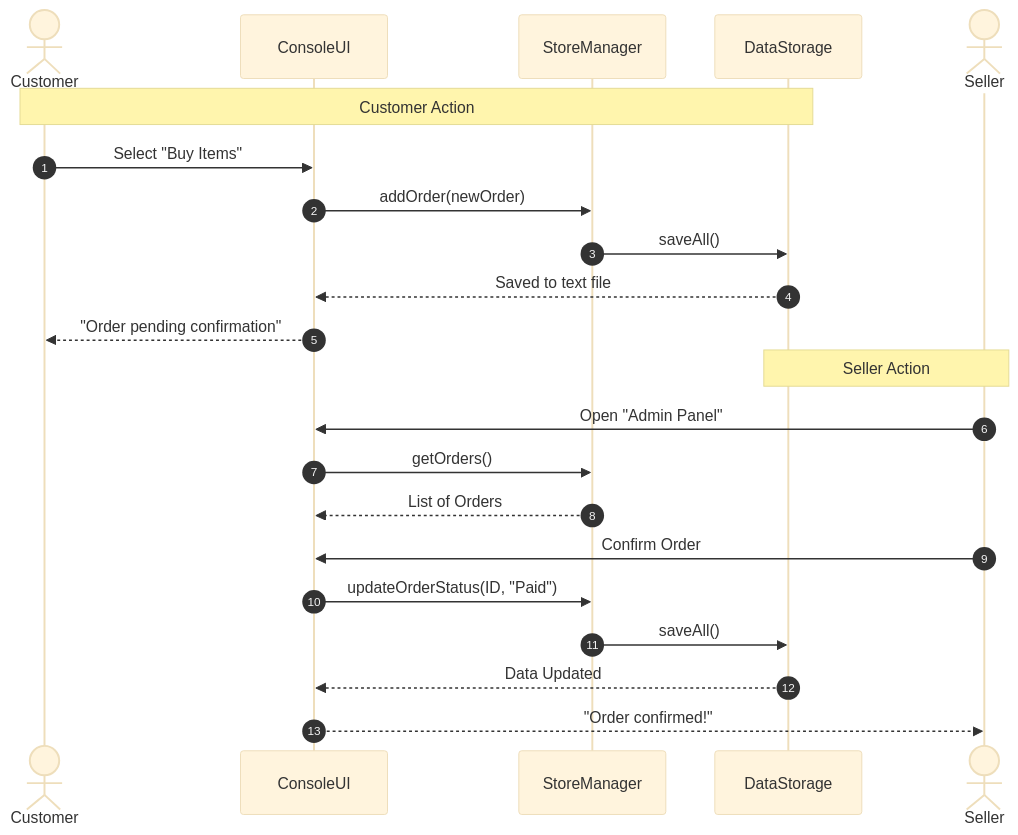
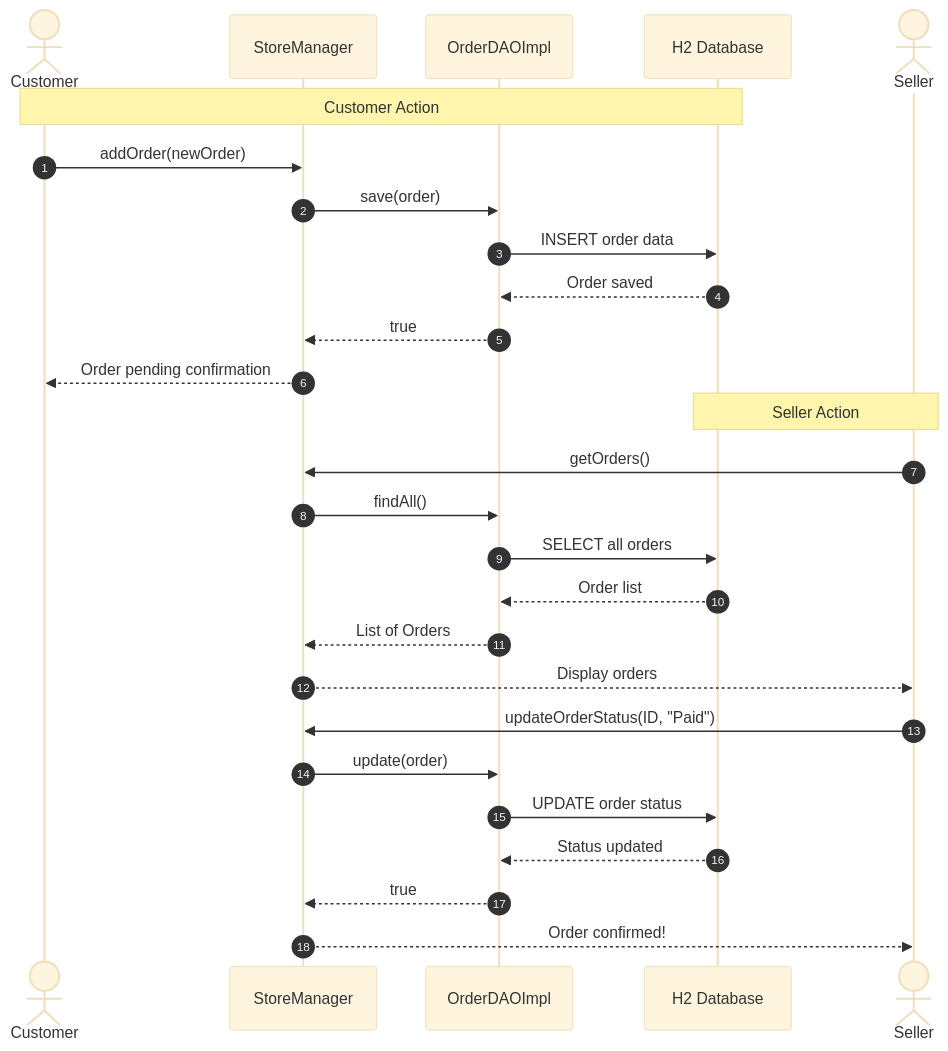
One commit to ArsenMonets/patterns changed the third of 3 diagrams in README.md. Above: the diagram before and after it, drawn with Mermaid (base theme). The commit also changed other lines of this file and 76 other files, not shown here.

````diff
--- a/README.md
+++ b/README.md
@@ -176,27 +297,31 @@
 ```mermaid
-%% Updated Sequence Diagram
 sequenceDiagram
     autonumber
     actor Customer
-    participant UI as ConsoleUI
     participant SM as StoreManager
-    participant DS as DataStorage
+    participant DAO as OrderDAOImpl
+    participant DB as H2 Database
     actor Seller
 
-    Note over Customer, DS: Customer Action
-    Customer->>UI: Select "Buy Items"
-    UI->>SM: addOrder(newOrder)
-    SM->>DS: saveAll()
-    DS-->>UI: Saved to text file
-    UI-->>Customer: "Order pending confirmation"
+    Note over Customer, DB: Customer Action
+    Customer->>SM: addOrder(newOrder)
+    SM->>DAO: save(order)
+    DAO->>DB: INSERT order data
+    DB-->>DAO: Order saved
+    DAO-->>SM: true
+    SM-->>Customer: Order pending confirmation
 
-    Note over Seller, DS: Seller Action
-    Seller->>UI: Open "Admin Panel"
-    UI->>SM: getOrders()
-    SM-->>UI: List of Orders
-    Seller->>UI: Confirm Order #ID
-    UI->>SM: updateOrderStatus(ID, "Paid")
-    SM->>DS: saveAll()
-    DS-->>UI: Data Updated
-    UI-->>Seller: "Order confirmed!"
+    Note over Seller, DB: Seller Action
+    Seller->>SM: getOrders()
+    SM->>DAO: findAll()
+    DAO->>DB: SELECT all orders
+    DB-->>DAO: Order list
+    DAO-->>SM: List of Orders
+    SM-->>Seller: Display orders
+    Seller->>SM: updateOrderStatus(ID, "Paid")
+    SM->>DAO: update(order)
+    DAO->>DB: UPDATE order status
+    DB-->>DAO: Status updated
+    DAO-->>SM: true
+    SM-->>Seller: Order confirmed!
 ```
````
